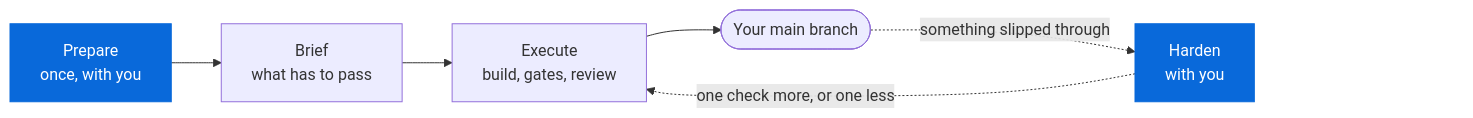
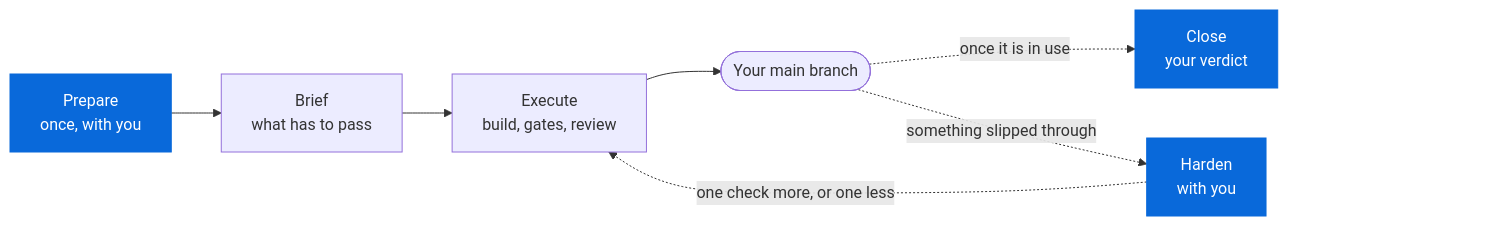
Before and after one commit to MarsGotta/gdd: the first of 4 diagrams in skills/README.md, drawn with Mermaid. The commit also changed other lines of this file and 8 other files, not shown here.

````diff
--- a/skills/README.md
+++ b/skills/README.md
@@ -11,19 +11,21 @@
 ```mermaid
 flowchart LR
-    accTitle: The four moments of GDD
-    accDescr: Prepare happens once, with you. Every change goes through Brief and Execute before it reaches your main branch. When something slips through, Harden adds one more check, which every later change in that zone has to pass, and when a gate no longer adds anything, it proposes relaxing or retiring it.
+    accTitle: The five moments of GDD
+    accDescr: Prepare happens once, with you. Every change goes through Brief and Execute before it reaches your main branch. Once it is in use, Close waits for your verdict on whether it helped, and holds nothing up. When something slips through, Harden adds one more check, which every later change in that zone has to pass, and when a gate no longer adds anything, it proposes relaxing or retiring it.
     P["Prepare<br/>once, with you"]
     B["Brief<br/>what has to pass"]
     E["Execute<br/>build, gates, review"]
     M(["Your main branch"])
+    C["Close<br/>your verdict"]
     H["Harden<br/>with you"]
     P --> B --> E --> M
+    M -. "once it is in use" .-> C
     M -. "something slipped through" .-> H
     H -. "one check more, or one less" .-> E
     %% An empty node keeps the right side free: GitHub draws its zoom buttons there
     H ~~~ Z["zoom buttons"]
     classDef you fill:#0969da,stroke:#0969da,color:#ffffff
     classDef room fill:none,stroke:none,color:transparent
-    class P,H you
+    class P,C,H you
     class Z room
 ```
````
